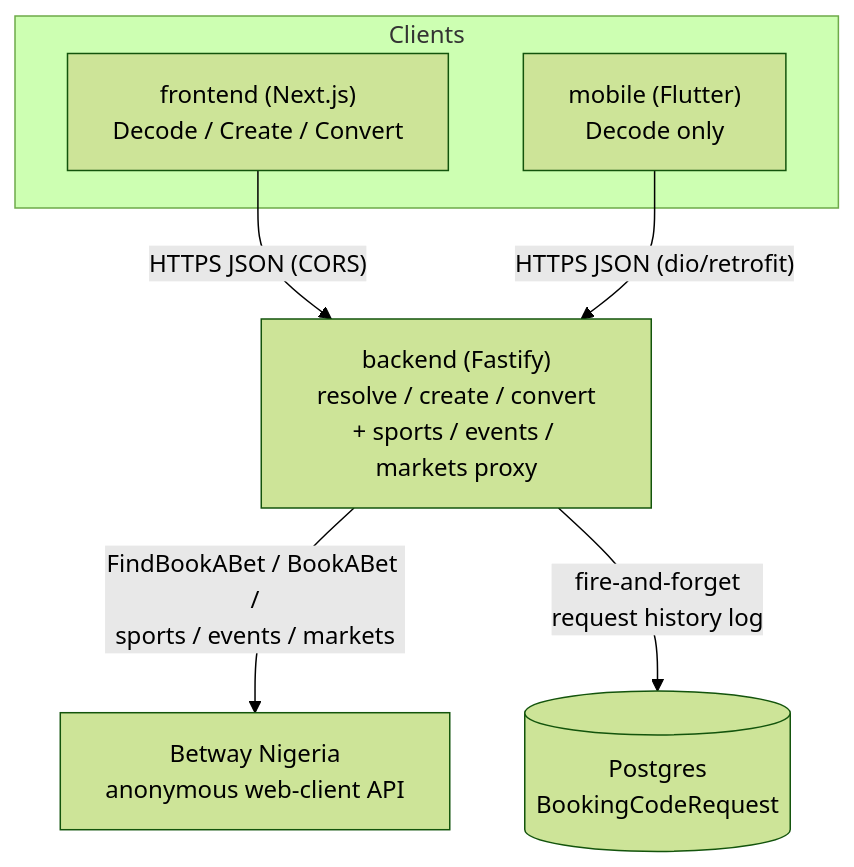
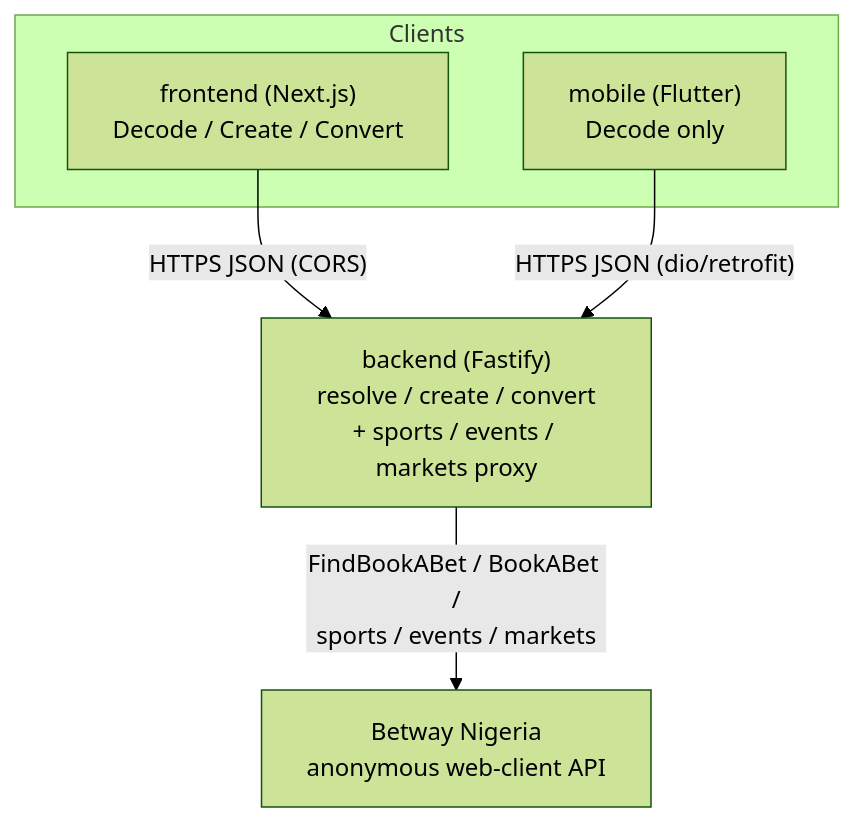
One commit to Slipcheck-Demo/backend changed the first of 4 diagrams in docs/architecture.md. Above: the diagram before and after it, drawn with Mermaid (forest theme). The commit also changed other lines of this file and 25 other files, not shown here.

First line of the commit message:
refactor: remove Postgres/Prisma — the backend never used the history it logged

````diff
--- a/docs/architecture.md
+++ b/docs/architecture.md
@@ -10,16 +10,14 @@
 ```mermaid
 graph TD
     subgraph Clients
         Web["frontend (Next.js)<br/>Decode / Create / Convert"]
         Mobile["mobile (Flutter)<br/>Decode only"]
     end
 
     Backend["backend (Fastify)<br/>resolve / create / convert<br/>+ sports / events / markets proxy"]
-    DB[("Postgres<br/>BookingCodeRequest")]
     Betway["Betway Nigeria<br/>anonymous web-client API"]
 
     Web -- "HTTPS JSON (CORS)" --> Backend
     Mobile -- "HTTPS JSON (dio/retrofit)" --> Backend
     Backend -- "FindBookABet / BookABet /<br/>sports / events / markets" --> Betway
-    Backend -- "fire-and-forget<br/>request history log" --> DB
 ```
````
